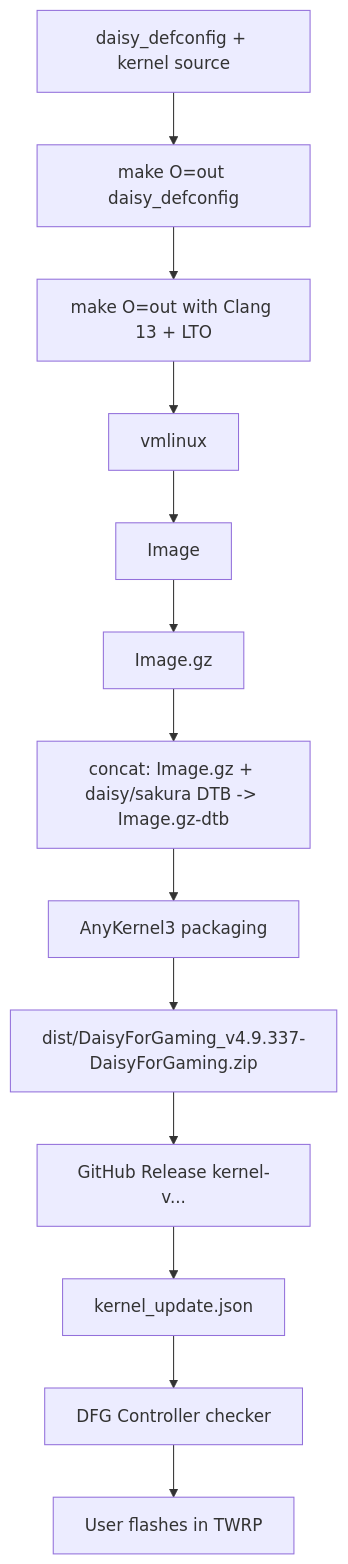
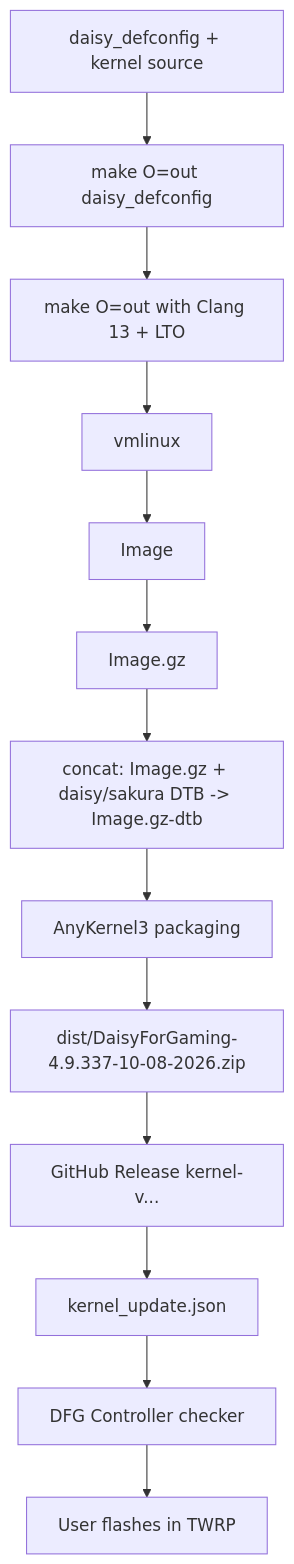
The first of 2 diagrams in docs/ARCHITECTURE.md (bmjubairdadu/DaisyForGaming), drawn with Mermaid before and after one commit. The commit also changed other lines of this file and 8 other files, not shown here.

First line of the commit message:
release: rename kernel ZIP to DaisyForGaming-<version>-<dd-mm-yyyy> and republish release

````diff
--- a/docs/ARCHITECTURE.md
+++ b/docs/ARCHITECTURE.md
@@ -58,15 +58,15 @@
 ```mermaid
 flowchart TD
     S[daisy_defconfig + kernel source] --> C[make O=out daisy_defconfig]
     C --> B[make O=out with Clang 13 + LTO]
     B --> V[vmlinux]
     V --> IMG[Image]
     IMG --> GZ[Image.gz]
     GZ --> DTB[concat: Image.gz + daisy/sakura DTB -> Image.gz-dtb]
     DTB --> P[AnyKernel3 packaging]
-    P --> ZIP[dist/DaisyForGaming_v4.9.337-DaisyForGaming.zip]
+    P --> ZIP[dist/DaisyForGaming-4.9.337-10-08-2026.zip]
     ZIP --> REL[GitHub Release kernel-v...]
     REL --> M[kernel_update.json]
     M --> APP[DFG Controller checker]
     APP --> U[User flashes in TWRP]
 ```
````
